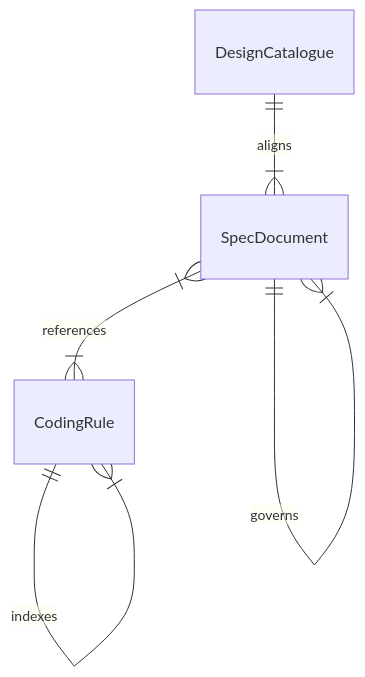
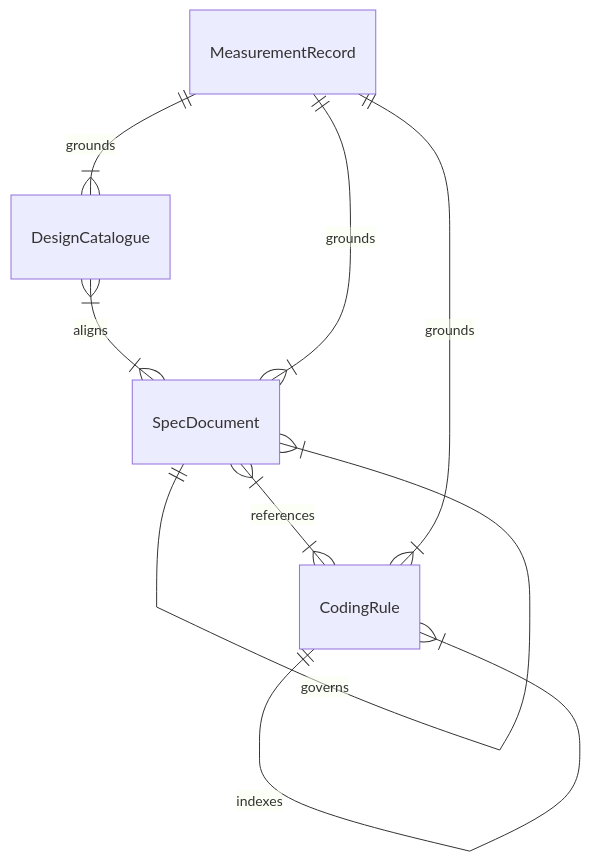
The diagram in aidlc/spaces/default/intents/260822-stage1-selfhost/construction/u9-canon-docs/functional-design/functional-spec.md (amadeus-dlc/amadeus-ng), drawn with Mermaid before and after one commit. The commit also changed other lines of this file and 12 other files, not shown here.

````diff
--- a/aidlc/spaces/default/intents/260822-stage1-selfhost/construction/u9-canon-docs/functional-design/functional-spec.md
+++ b/aidlc/spaces/default/intents/260822-stage1-selfhost/construction/u9-canon-docs/functional-design/functional-spec.md
@@ -69,7 +71,10 @@
 ```mermaid
 erDiagram
   CodingRule ||--|{ CodingRule : indexes
   SpecDocument }|--|{ CodingRule : references
   SpecDocument ||--|{ SpecDocument : governs
-  DesignCatalogue ||--|{ SpecDocument : aligns
+  DesignCatalogue }|--|{ SpecDocument : aligns
+  MeasurementRecord ||--|{ SpecDocument : grounds
+  MeasurementRecord ||--|{ DesignCatalogue : grounds
+  MeasurementRecord ||--|{ CodingRule : grounds
 ```
````
